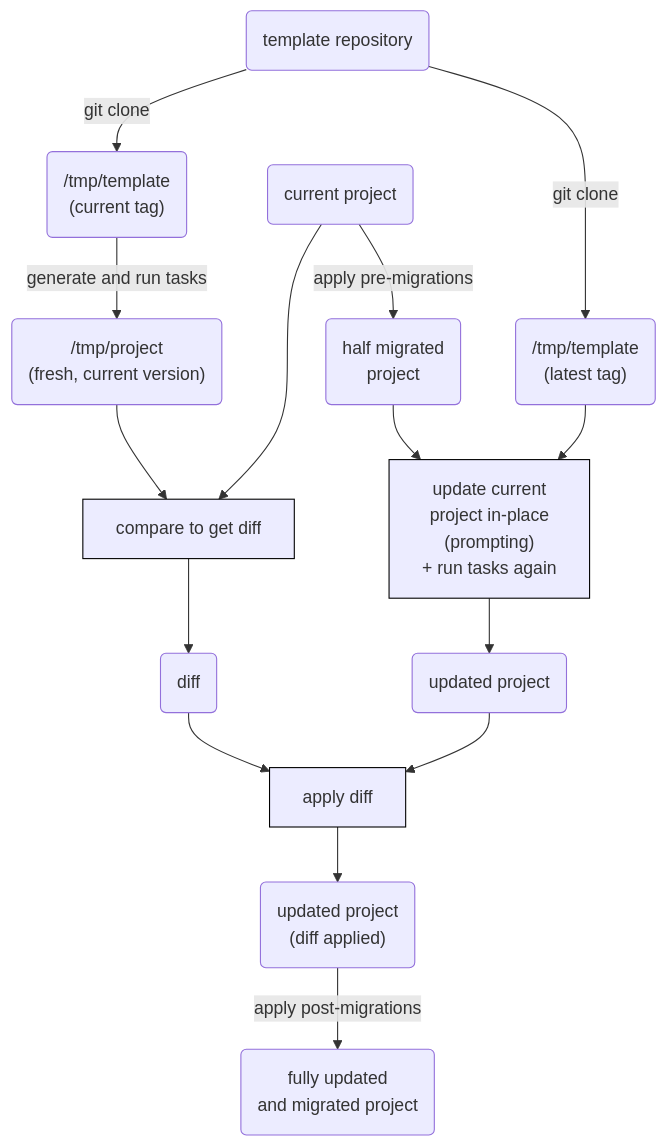
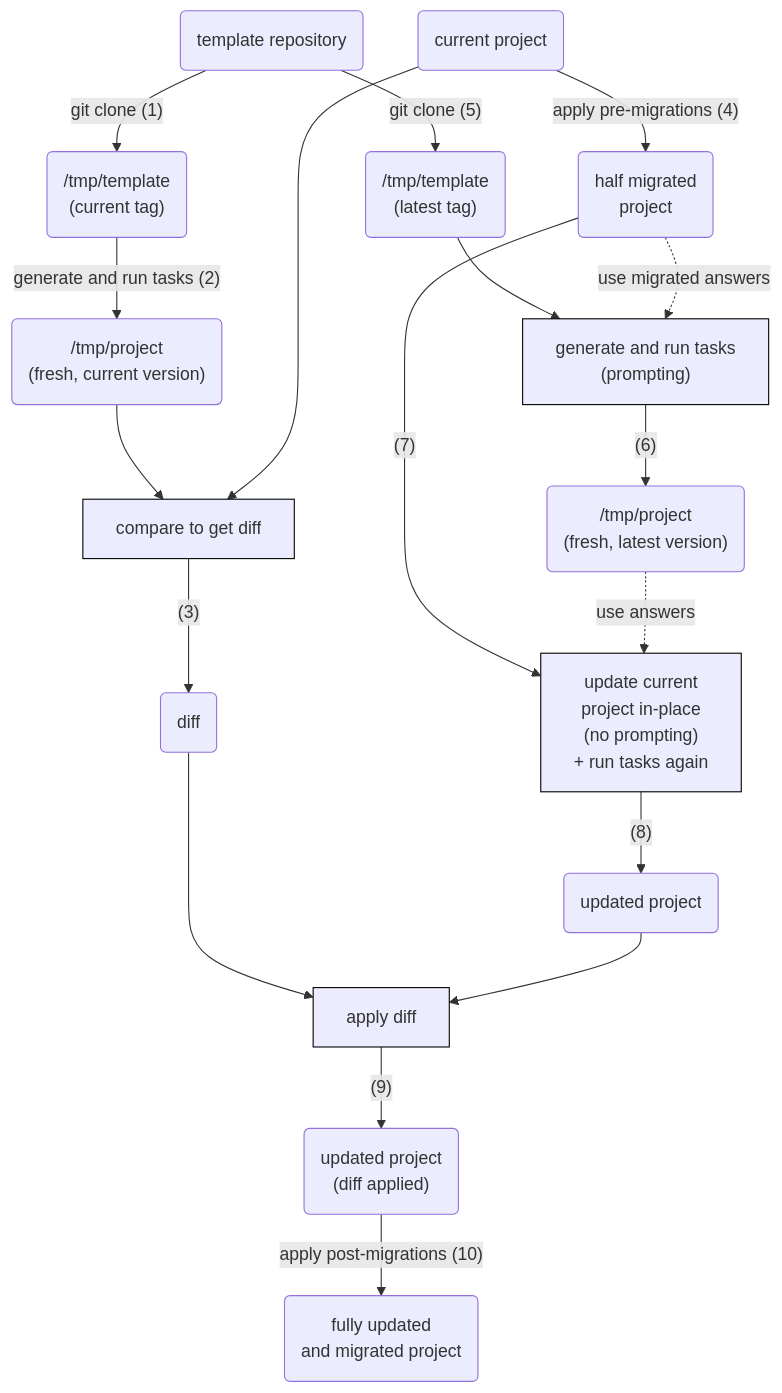
Before and after one commit to copier-org/copier: the diagram in docs/updating.md, drawn with Mermaid. The commit also changed other lines of this file, not shown here.

Commit message:
docs(updating): update the process diagram

````diff
--- a/docs/updating.md
+++ b/docs/updating.md
@@ -104,42 +104,46 @@
 ```mermaid
 graph TD
 
 %% nodes ----------------------------------------------------------
 template_repo("template repository")
 template_current("/tmp/template<br>(current tag)")
 template_latest("/tmp/template<br>(latest tag)")
 
-project_regen("/tmp/project<br>(fresh, current version)")
+project_regen_current("/tmp/project<br>(fresh, current version)")
+project_regen_latest("/tmp/project<br>(fresh, latest version)")
 project_current("current project")
 project_half("half migrated<br>project")
 project_updated("updated project")
 project_applied("updated project<br>(diff applied)")
 project_full("fully updated<br>and migrated project")
 
-update["update current<br>project in-place<br>(prompting)<br>+ run tasks again"]
+generate_latest["generate and run tasks<br>(prompting)"]
+update["update current<br>project in-place<br>(no prompting)<br>+ run tasks again"]
 compare["compare to get diff"]
 apply["apply diff"]
 
 diff("diff")
 
 %% edges ----------------------------------------------------------
-        template_repo --> |git clone| template_current
-        template_repo --> |git clone| template_latest
-
-     template_current --> |generate and run tasks| project_regen
+        template_repo --> |"git clone (1)"| template_current
+     template_current --> |"generate and run tasks (2)"| project_regen_current
+project_regen_current --> compare
       project_current --> compare
-      project_current --> |apply pre-migrations| project_half
-        project_regen --> compare
-         project_half --> update
-      template_latest --> update
-               update --> project_updated
-              compare --> diff
+              compare --> |"(3)"| diff
+      project_current --> |"apply pre-migrations (4)"| project_half
+        template_repo --> |"git clone (5)"| template_latest
+      template_latest --> generate_latest
+         project_half .-> |use migrated answers| generate_latest
+      generate_latest --> |"(6)"| project_regen_latest
+         project_half --> |"(7)"| update
+ project_regen_latest .-> |use answers| update
+               update --> |"(8)"| project_updated
                  diff --> apply
       project_updated --> apply
-                apply --> project_applied
-      project_applied --> |apply post-migrations| project_full
+                apply --> |"(9)"| project_applied
+      project_applied --> |"apply post-migrations (10)"| project_full
 
 %% style ----------------------------------------------------------
 classDef blackborder stroke:#000;
-class compare,update,apply blackborder;
+class generate_latest,compare,update,apply blackborder;
 ```
````
